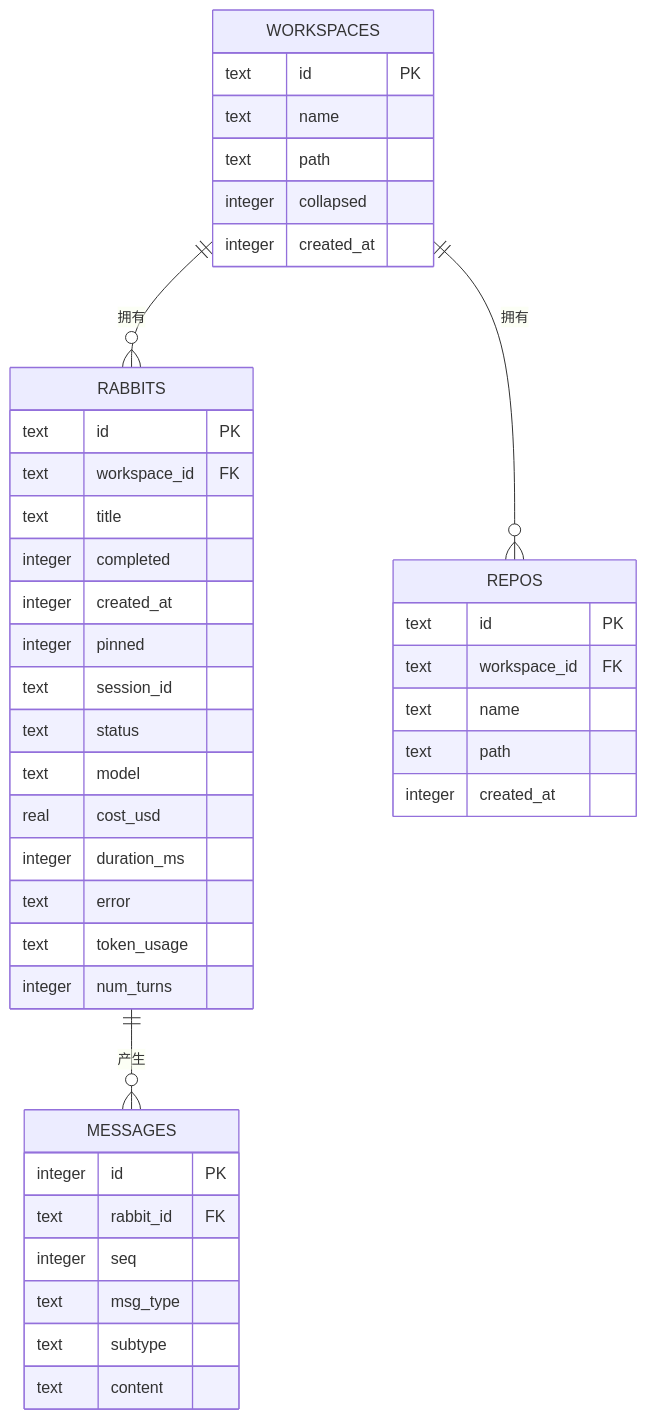
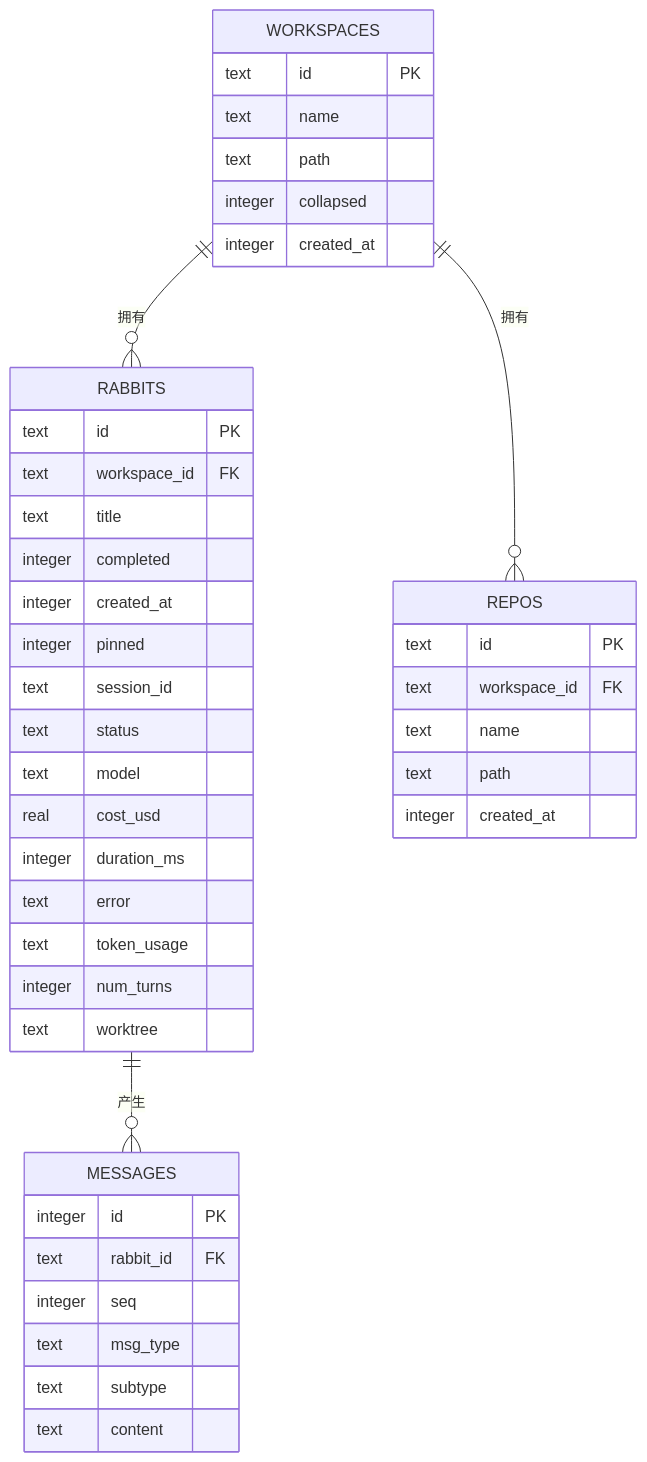
Before and after one commit to RabbitAI-Lab/RabbitCoding: the third of 4 diagrams in .qoder/repowiki/zh/content/数据库设计/数据库设计.md, drawn with Mermaid. The commit also changed other lines of this file and 88 other files, not shown here.

````diff
--- a/.qoder/repowiki/zh/content/数据库设计/数据库设计.md
+++ b/.qoder/repowiki/zh/content/数据库设计/数据库设计.md
@@ -114,44 +134,45 @@
 ```mermaid
 erDiagram
 WORKSPACES {
 text id PK
 text name
 text path
 integer collapsed
 integer created_at
 }
 RABBITS {
 text id PK
 text workspace_id FK
 text title
 integer completed
 integer created_at
 integer pinned
 text session_id
 text status
 text model
 real cost_usd
 integer duration_ms
 text error
 text token_usage
 integer num_turns
+text worktree
 }
 REPOS {
 text id PK
 text workspace_id FK
 text name
 text path
 integer created_at
 }
 MESSAGES {
 integer id PK
 text rabbit_id FK
 integer seq
 text msg_type
 text subtype
 text content
 }
 WORKSPACES ||--o{ RABBITS : "拥有"
 WORKSPACES ||--o{ REPOS : "拥有"
 RABBITS ||--o{ MESSAGES : "产生"
 ```
````
